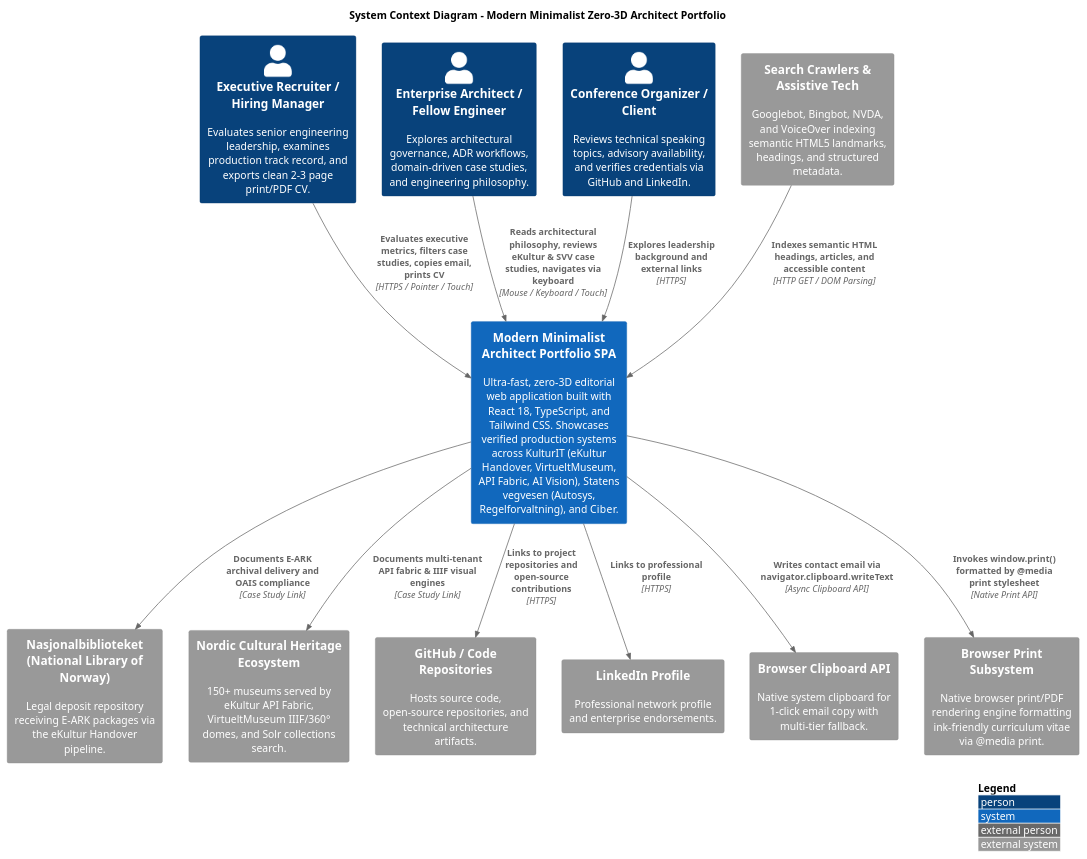
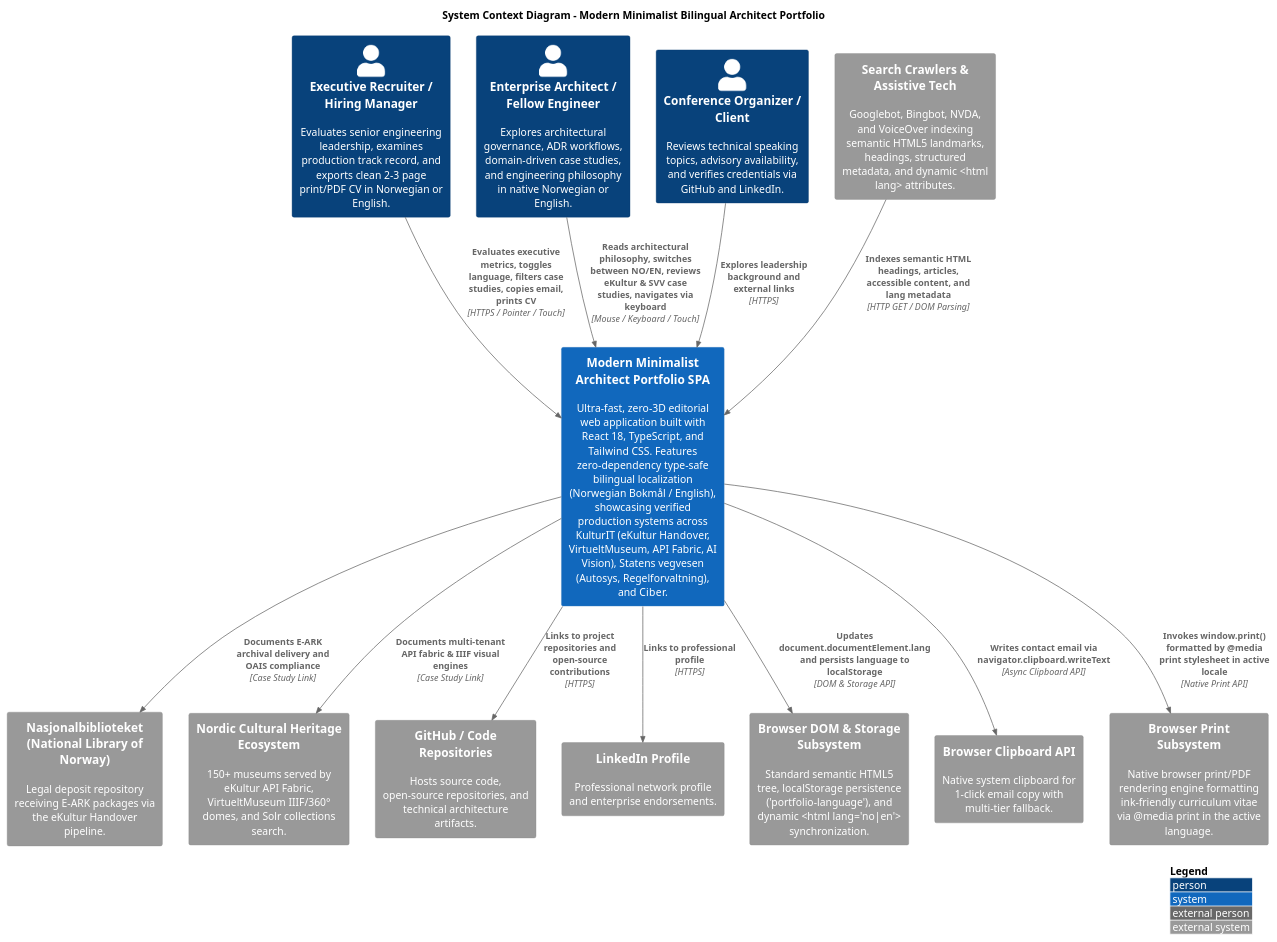
Before and after one commit to oyvinvo/homepage: the diagram in doc/context.puml, drawn with PlantUML. The commit also changed 54 other files, not shown here.

First line of the commit message:
feat(i18n): add type-safe bilingual norwegian and english localization

```diff
--- a/doc/context.puml
+++ b/doc/context.puml
@@ -1,33 +1,35 @@
 @startuml
 !include C4_Context.puml
 
 LAYOUT_WITH_LEGEND()
 
-title System Context Diagram - Modern Minimalist Zero-3D Architect Portfolio
+title System Context Diagram - Modern Minimalist Bilingual Architect Portfolio
 
-Person(recruiter, "Executive Recruiter / Hiring Manager", "Evaluates senior engineering leadership, examines production track record, and exports clean 2-3 page print/PDF CV.")
-Person(architect, "Enterprise Architect / Fellow Engineer", "Explores architectural governance, ADR workflows, domain-driven case studies, and engineering philosophy.")
+Person(recruiter, "Executive Recruiter / Hiring Manager", "Evaluates senior engineering leadership, examines production track record, and exports clean 2-3 page print/PDF CV in Norwegian or English.")
+Person(architect, "Enterprise Architect / Fellow Engineer", "Explores architectural governance, ADR workflows, domain-driven case studies, and engineering philosophy in native Norwegian or English.")
 Person(visitor, "Conference Organizer / Client", "Reviews technical speaking topics, advisory availability, and verifies credentials via GitHub and LinkedIn.")
 
-System(portfolio_app, "Modern Minimalist Architect Portfolio SPA", "Ultra-fast, zero-3D editorial web application built with React 18, TypeScript, and Tailwind CSS. Showcases verified production systems across KulturIT (eKultur Handover, VirtueltMuseum, API Fabric, AI Vision), Statens vegvesen (Autosys, Regelforvaltning), and Ciber.")
+System(portfolio_app, "Modern Minimalist Architect Portfolio SPA", "Ultra-fast, zero-3D editorial web application built with React 18, TypeScript, and Tailwind CSS. Features zero-dependency type-safe bilingual localization (Norwegian Bokmål / English), showcasing verified production systems across KulturIT (eKultur Handover, VirtueltMuseum, API Fabric, AI Vision), Statens vegvesen (Autosys, Regelforvaltning), and Ciber.")
 
 System_Ext(nasjonalbiblioteket, "Nasjonalbiblioteket (National Library of Norway)", "Legal deposit repository receiving E-ARK packages via the eKultur Handover pipeline.")
 System_Ext(nordic_museums, "Nordic Cultural Heritage Ecosystem", "150+ museums served by eKultur API Fabric, VirtueltMuseum IIIF/360° domes, and Solr collections search.")
-System_Ext(search_crawlers, "Search Crawlers & Assistive Tech", "Googlebot, Bingbot, NVDA, and VoiceOver indexing semantic HTML5 landmarks, headings, and structured metadata.")
+System_Ext(search_crawlers, "Search Crawlers & Assistive Tech", "Googlebot, Bingbot, NVDA, and VoiceOver indexing semantic HTML5 landmarks, headings, structured metadata, and dynamic <html lang> attributes.")
 System_Ext(github, "GitHub / Code Repositories", "Hosts source code, open-source repositories, and technical architecture artifacts.")
 System_Ext(linkedin, "LinkedIn Profile", "Professional network profile and enterprise endorsements.")
+System_Ext(browser_dom, "Browser DOM & Storage Subsystem", "Standard semantic HTML5 tree, localStorage persistence ('portfolio-language'), and dynamic <html lang='no|en'> synchronization.")
 System_Ext(browser_clipboard, "Browser Clipboard API", "Native system clipboard for 1-click email copy with multi-tier fallback.")
-System_Ext(browser_print, "Browser Print Subsystem", "Native browser print/PDF rendering engine formatting ink-friendly curriculum vitae via @media print.")
+System_Ext(browser_print, "Browser Print Subsystem", "Native browser print/PDF rendering engine formatting ink-friendly curriculum vitae via @media print in the active language.")
 
-Rel(recruiter, portfolio_app, "Evaluates executive metrics, filters case studies, copies email, prints CV", "HTTPS / Pointer / Touch")
-Rel(architect, portfolio_app, "Reads architectural philosophy, reviews eKultur & SVV case studies, navigates via keyboard", "Mouse / Keyboard / Touch")
+Rel(recruiter, portfolio_app, "Evaluates executive metrics, toggles language, filters case studies, copies email, prints CV", "HTTPS / Pointer / Touch")
+Rel(architect, portfolio_app, "Reads architectural philosophy, switches between NO/EN, reviews eKultur & SVV case studies, navigates via keyboard", "Mouse / Keyboard / Touch")
 Rel(visitor, portfolio_app, "Explores leadership background and external links", "HTTPS")
-Rel(search_crawlers, portfolio_app, "Indexes semantic HTML headings, articles, and accessible content", "HTTP GET / DOM Parsing")
+Rel(search_crawlers, portfolio_app, "Indexes semantic HTML headings, articles, accessible content, and lang metadata", "HTTP GET / DOM Parsing")
 Rel(portfolio_app, nasjonalbiblioteket, "Documents E-ARK archival delivery and OAIS compliance", "Case Study Link")
 Rel(portfolio_app, nordic_museums, "Documents multi-tenant API fabric & IIIF visual engines", "Case Study Link")
 Rel(portfolio_app, github, "Links to project repositories and open-source contributions", "HTTPS")
 Rel(portfolio_app, linkedin, "Links to professional profile", "HTTPS")
+Rel(portfolio_app, browser_dom, "Updates document.documentElement.lang and persists language to localStorage", "DOM & Storage API")
 Rel(portfolio_app, browser_clipboard, "Writes contact email via navigator.clipboard.writeText", "Async Clipboard API")
-Rel(portfolio_app, browser_print, "Invokes window.print() formatted by @media print stylesheet", "Native Print API")
+Rel(portfolio_app, browser_print, "Invokes window.print() formatted by @media print stylesheet in active locale", "Native Print API")
 
 @enduml
```
